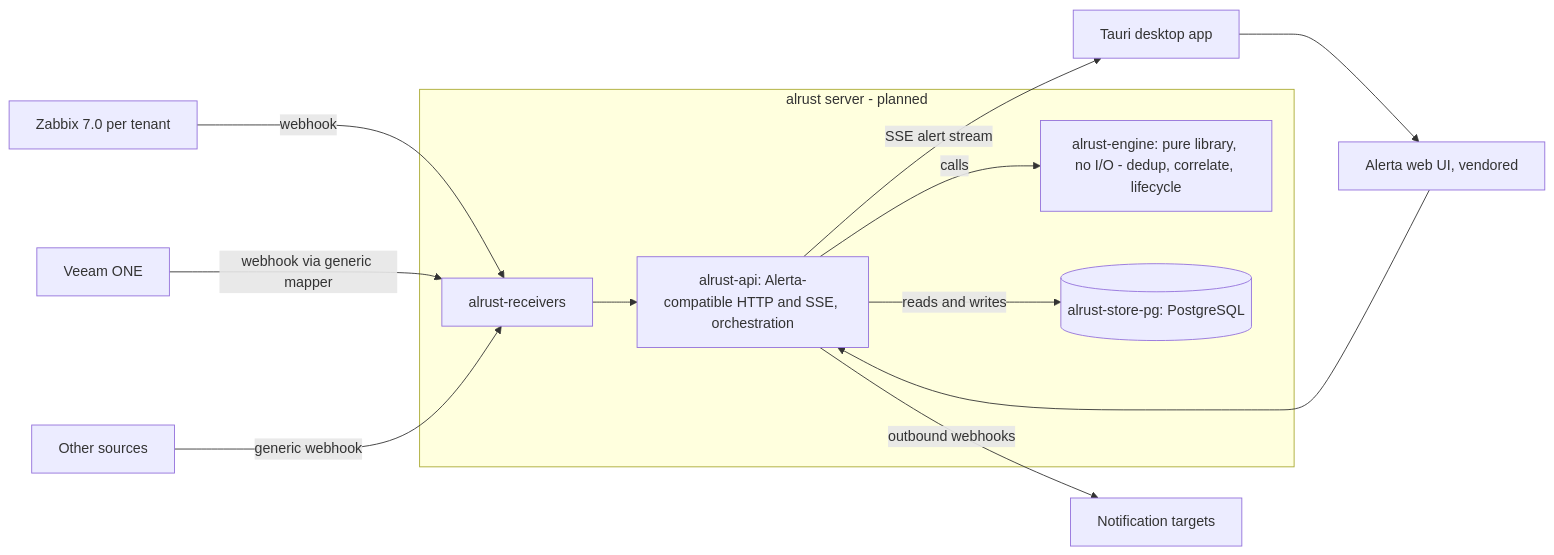
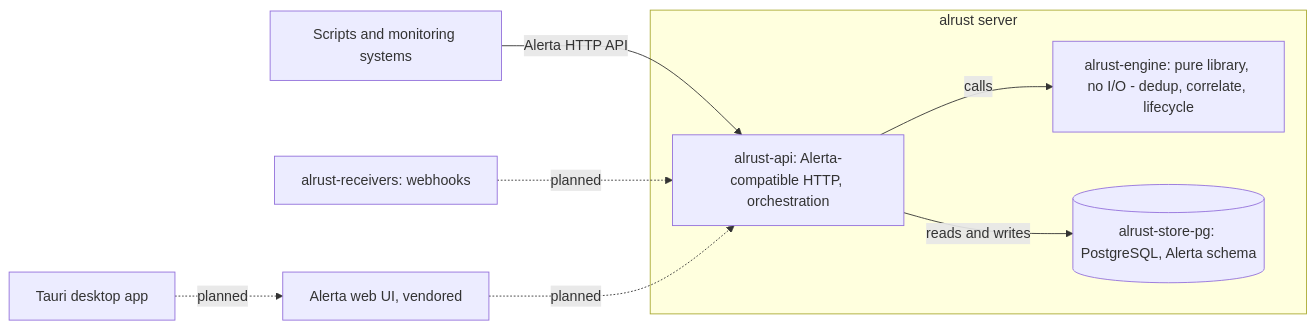
One commit to steliosx/alrust changed the diagram in README.md. Above: the diagram before and after it, drawn with Mermaid. The commit also changed other lines of this file, not shown here.

````diff
--- a/README.md
+++ b/README.md
@@ -111,15 +90,11 @@
 ```mermaid
 flowchart LR
-    Z[Zabbix 7.0 per tenant] -->|webhook| R
-    V[Veeam ONE] -->|webhook via generic mapper| R
-    O[Other sources] -->|generic webhook| R
-    subgraph srv [alrust server - planned]
-        R[alrust-receivers] --> A
-        A["alrust-api: Alerta-compatible HTTP and SSE, orchestration"] -->|calls| E["alrust-engine: pure library, no I/O - dedup, correlate, lifecycle"]
-        A -->|reads and writes| S[("alrust-store-pg: PostgreSQL")]
+    C[Scripts and monitoring systems] -->|Alerta HTTP API| A
+    subgraph srv [alrust server]
+        A["alrust-api: Alerta-compatible HTTP, orchestration"] -->|calls| E["alrust-engine: pure library, no I/O - dedup, correlate, lifecycle"]
+        A -->|reads and writes| S[("alrust-store-pg: PostgreSQL, Alerta schema")]
     end
-    W[Alerta web UI, vendored] --> A
-    D[Tauri desktop app] --> W
-    A -->|SSE alert stream| D
-    A -->|outbound webhooks| F[Notification targets]
+    R[alrust-receivers: webhooks] -.->|planned| A
+    W[Alerta web UI, vendored] -.->|planned| A
+    D[Tauri desktop app] -.->|planned| W
 ```
````
